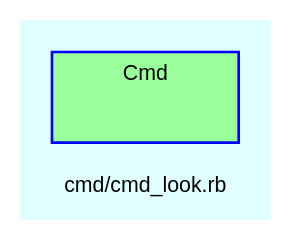
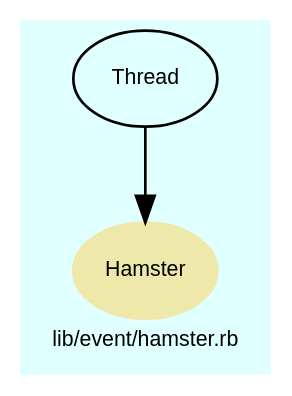
Before and after one commit to Tyche/teensymud: the diagram in doc/dot/f_48.dot, drawn with Graphviz. The commit also changed 180 other files, not shown here.

```diff
--- a/doc/dot/f_48.dot
+++ b/doc/dot/f_48.dot
@@ -1,29 +1,31 @@
 digraph TopLevel {
     compound = true
     bgcolor = lightcyan1
     fontname = Arial
     fontsize = 8
-    label = "cmd/cmd_look.rb"
+    label = "lib/event/hamster.rb"
     node [
         fontname = Arial,
         fontsize = 8,
         color = black
     ]
 
-    subgraph cluster_Cmd {
-        fillcolor = palegreen1
-        URL = "classes/Cmd.html"
-        fontname = Arial
-        color = blue
-        label = "Cmd"
-        style = filled
-        Cmd [
-            shape = plaintext,
-            height = 0.01,
-            width = 0.75,
-            label = ""
-        ]
+    Hamster [
+        fontcolor = black,
+        URL = "classes/Hamster.html",
+        shape = ellipse,
+        color = palegoldenrod,
+        style = filled,
+        label = "Hamster"
+    ]
 
-    }
+    Thread [
+        URL = "classes/Thread.html",
+        label = "Thread"
+    ]
+
+    Thread -> Hamster [
+
+    ]
 
 }
```
